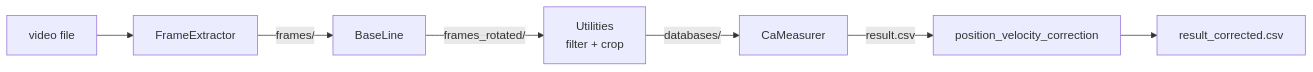
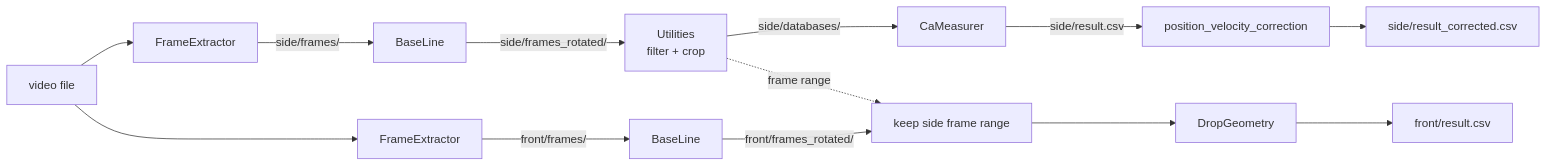
The diagram in README.md (YassinRiyazi/AutomaticVideoProcessor), drawn with Mermaid before and after one commit. The commit also changed other lines of this file and 5 other files, not shown here.

````diff
--- a/README.md
+++ b/README.md
@@ -7,9 +7,15 @@
 ```mermaid
 flowchart LR
     V[video file] --> FE[FrameExtractor]
-    FE -->|frames/| BL[BaseLine]
-    BL -->|frames_rotated/| UT[Utilities<br/>filter + crop]
-    UT -->|databases/| CA[CaMeasurer]
-    CA -->|result.csv| PP[position_velocity_correction]
-    PP --> R[result_corrected.csv]
+    FE -->|side/frames/| BL[BaseLine]
+    BL -->|side/frames_rotated/| UT[Utilities<br/>filter + crop]
+    UT -->|side/databases/| CA[CaMeasurer]
+    CA -->|side/result.csv| PP[position_velocity_correction]
+    PP --> R[side/result_corrected.csv]
+    V --> FE2[FrameExtractor]
+    FE2 -->|front/frames/| BL2[BaseLine]
+    BL2 -->|front/frames_rotated/| TR[keep side frame range]
+    UT -.->|frame range| TR
+    TR --> DG[DropGeometry]
+    DG --> R2[front/result.csv]
 ```
````
